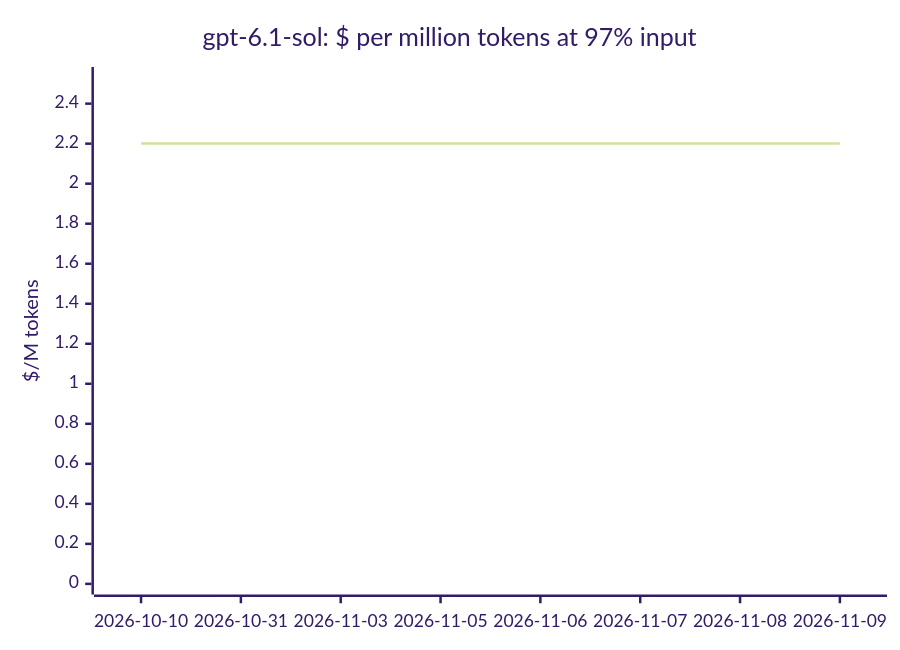
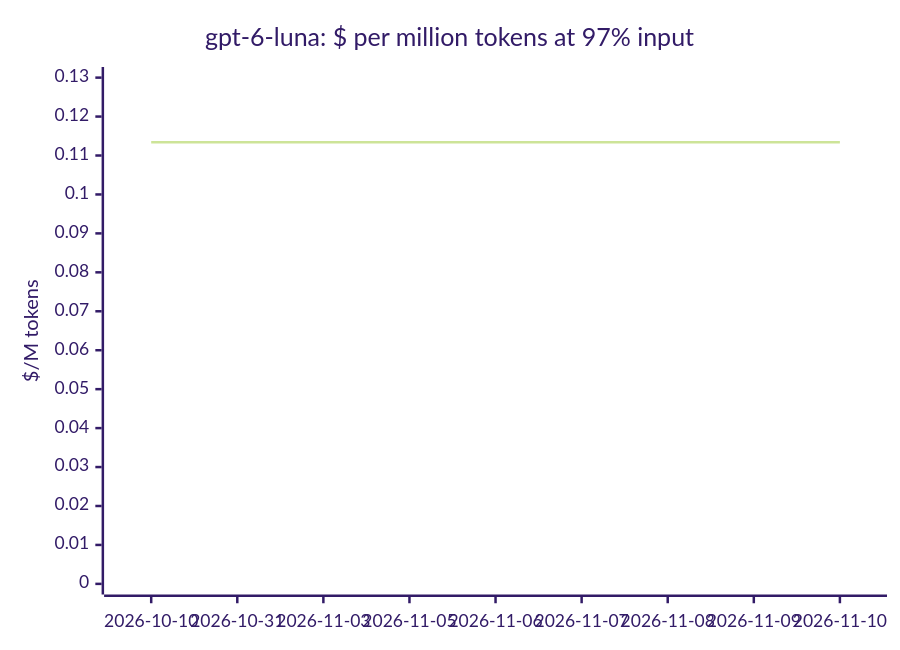
One commit to cklukas/OMEGA_TRANSFORM changed diagram 13 of 19 in docs/openrouter-models.md. Above: the diagram before and after it, drawn with Mermaid (forest theme). The commit also changed other lines of this file and 49 other files, not shown here.

````diff
--- a/docs/openrouter-models.md
+++ b/docs/openrouter-models.md
@@ -250,7 +248,7 @@
 ```mermaid
 xychart-beta
-    title "gpt-6.1-sol: $ per million tokens at 97% input"
-    x-axis ["2026-10-10", "2026-10-31", "2026-11-03", "2026-11-05", "2026-11-06", "2026-11-07", "2026-11-08", "2026-11-09"]
-    y-axis "$/M tokens" 0 --> 2.53
-    line [2.201, 2.201, 2.201, 2.201, 2.201, 2.201, 2.201, 2.201]
+    title "gpt-6-luna: $ per million tokens at 97% input"
+    x-axis ["2026-10-10", "2026-10-31", "2026-11-03", "2026-11-05", "2026-11-06", "2026-11-07", "2026-11-08", "2026-11-09", "2026-11-10"]
+    y-axis "$/M tokens" 0 --> 0.13
+    line [0.1134, 0.1134, 0.1134, 0.1134, 0.1134, 0.1134, 0.1134, 0.1134, 0.1134]
 ```
````
